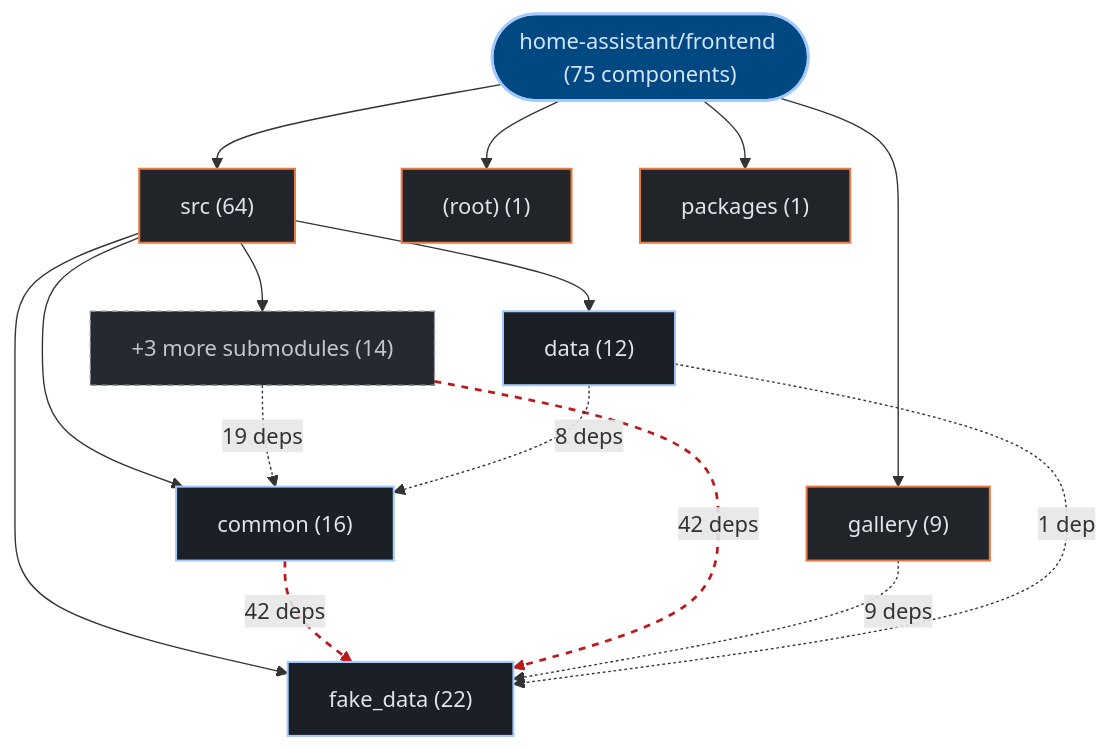
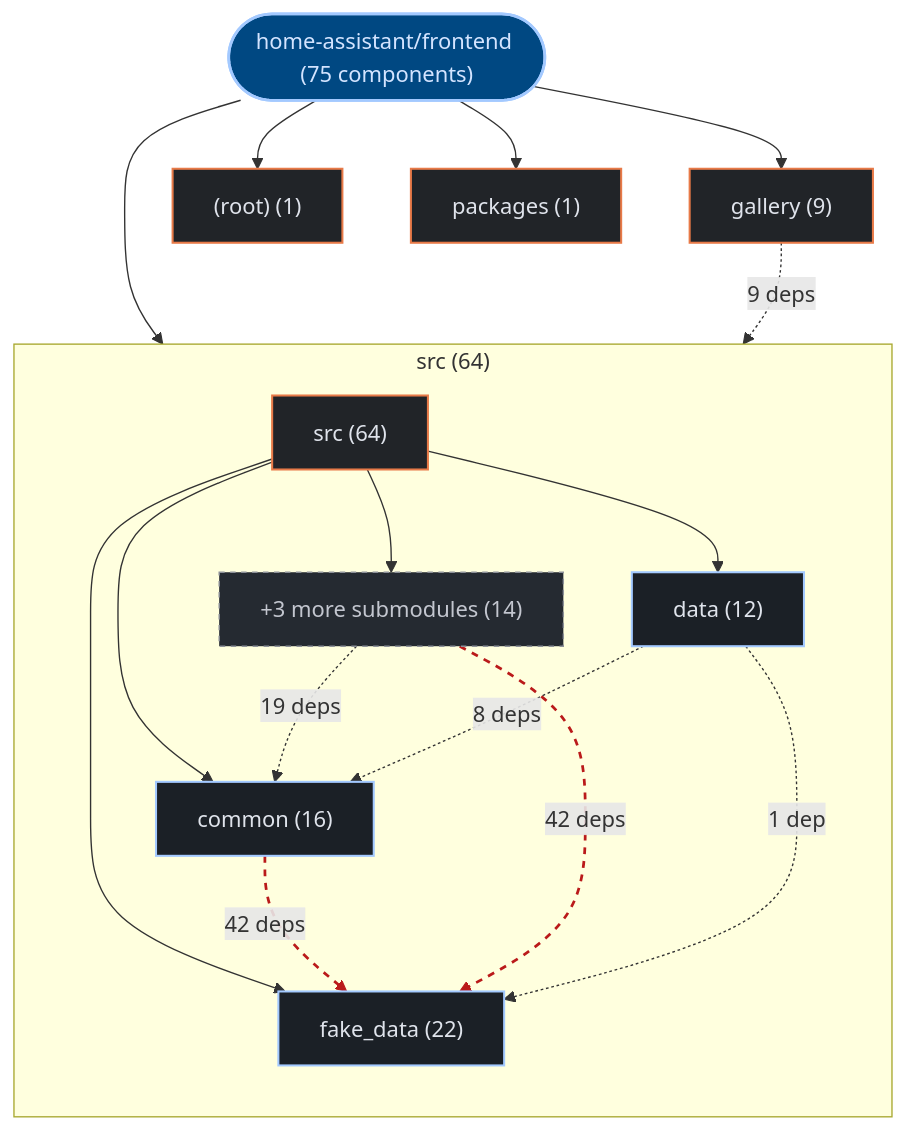
The first of 2 diagrams in exports/latest/reports/home-assistant-frontend-report.md (kumarshaz/atruss-code-atlas), drawn with Mermaid before and after one commit. The commit also changed 178 other files, not shown here.

Commit message:
feat(ui,mermaid): upgrade to mermaid v12 + ELK layout, add orgs-summary + pagination, subgraph building blocks, fix tab alignment

````diff
--- a/exports/latest/reports/home-assistant-frontend-report.md
+++ b/exports/latest/reports/home-assistant-frontend-report.md
@@ -42,35 +42,38 @@
 ```mermaid
 graph TD;
   classDef atlasRoot fill:#004882,stroke:#a3c9ff,stroke-width:2px,color:#d3e4ff
   classDef atlasCategory fill:#212428,stroke:#E87A48,stroke-width:1.5px,color:#dfe3eb
   classDef atlasWorkflow fill:#1b2026,stroke:#a3c9ff,stroke-width:1.5px,color:#dfe3eb
   classDef atlasJob fill:#171c22,stroke:#8d9199,stroke-width:1px,color:#dfe3eb
   classDef atlasTarget fill:#005227,stroke:#8bd99b,stroke-width:1.5px,color:#a7f6b6
   classDef atlasAlert fill:#93000a,stroke:#ffb4ab,stroke-width:1.5px,color:#ffdad6
   classDef atlasMore fill:#252a31,stroke:#8d9199,stroke-dasharray:4 4,color:#c3c6cf
     repo_root(["home-assistant/frontend (75 components)"]):::atlasRoot
-    dir_0_src["src (64)"]:::atlasCategory
+    subgraph sg_dir_0_src["src (64)"]
+      direction TB
+      dir_0_src["src (64)"]:::atlasCategory
+      sub_0_0_fake_data["fake_data (22)"]:::atlasWorkflow
+      dir_0_src --> sub_0_0_fake_data
+      sub_0_1_common["common (16)"]:::atlasWorkflow
+      dir_0_src --> sub_0_1_common
+      sub_0_2_data["data (12)"]:::atlasWorkflow
+      dir_0_src --> sub_0_2_data
+      sub_0_more["+3 more submodules (14)"]:::atlasMore
+      dir_0_src --> sub_0_more
+    end
     repo_root --> dir_0_src
-    sub_0_0_fake_data["fake_data (22)"]:::atlasWorkflow
-    dir_0_src --> sub_0_0_fake_data
-    sub_0_1_common["common (16)"]:::atlasWorkflow
-    dir_0_src --> sub_0_1_common
-    sub_0_2_data["data (12)"]:::atlasWorkflow
-    dir_0_src --> sub_0_2_data
-    sub_0_more["+3 more submodules (14)"]:::atlasMore
-    dir_0_src --> sub_0_more
     dir_1_gallery["gallery (9)"]:::atlasCategory
     repo_root --> dir_1_gallery
     dir_2__root_["(root) (1)"]:::atlasCategory
     repo_root --> dir_2__root_
     dir_3_packages["packages (1)"]:::atlasCategory
     repo_root --> dir_3_packages
     sub_0_1_common -.->|"42 deps"| sub_0_0_fake_data
     sub_0_more -.->|"42 deps"| sub_0_0_fake_data
     sub_0_more -.->|"19 deps"| sub_0_1_common
     dir_1_gallery -.->|"9 deps"| sub_0_0_fake_data
     sub_0_2_data -.->|"8 deps"| sub_0_1_common
     sub_0_2_data -.->|"1 dep"| sub_0_0_fake_data
     linkStyle 8 stroke:#ba1a1a,stroke-width:2px,stroke-dasharray: 5 5
     linkStyle 9 stroke:#ba1a1a,stroke-width:2px,stroke-dasharray: 5 5
 ```
````
